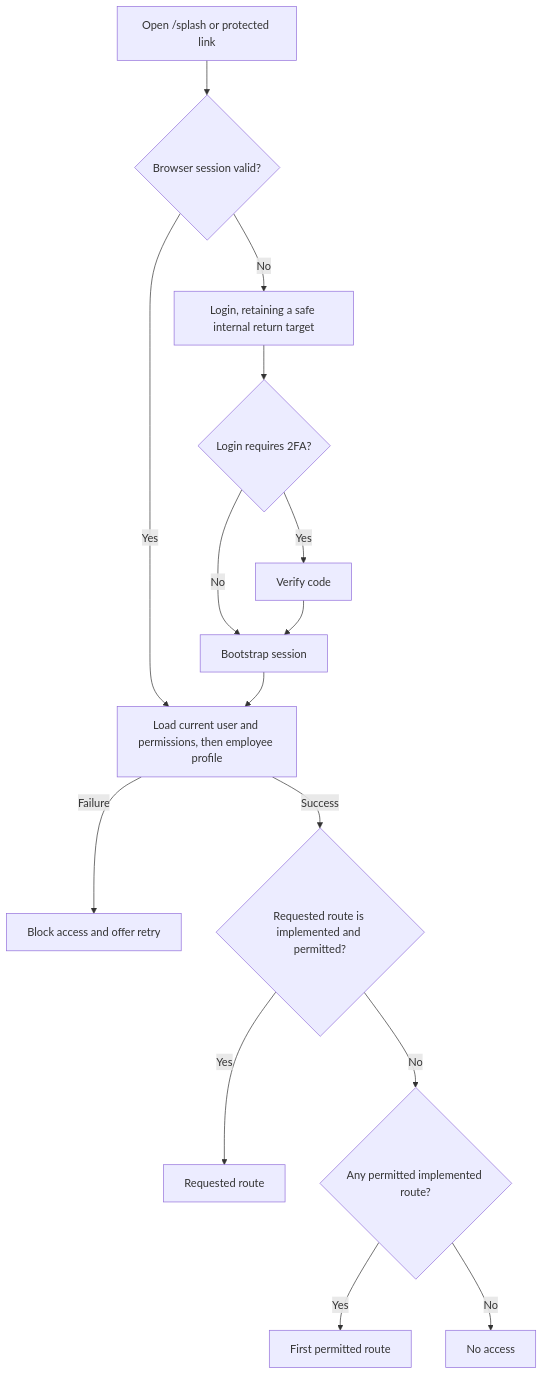
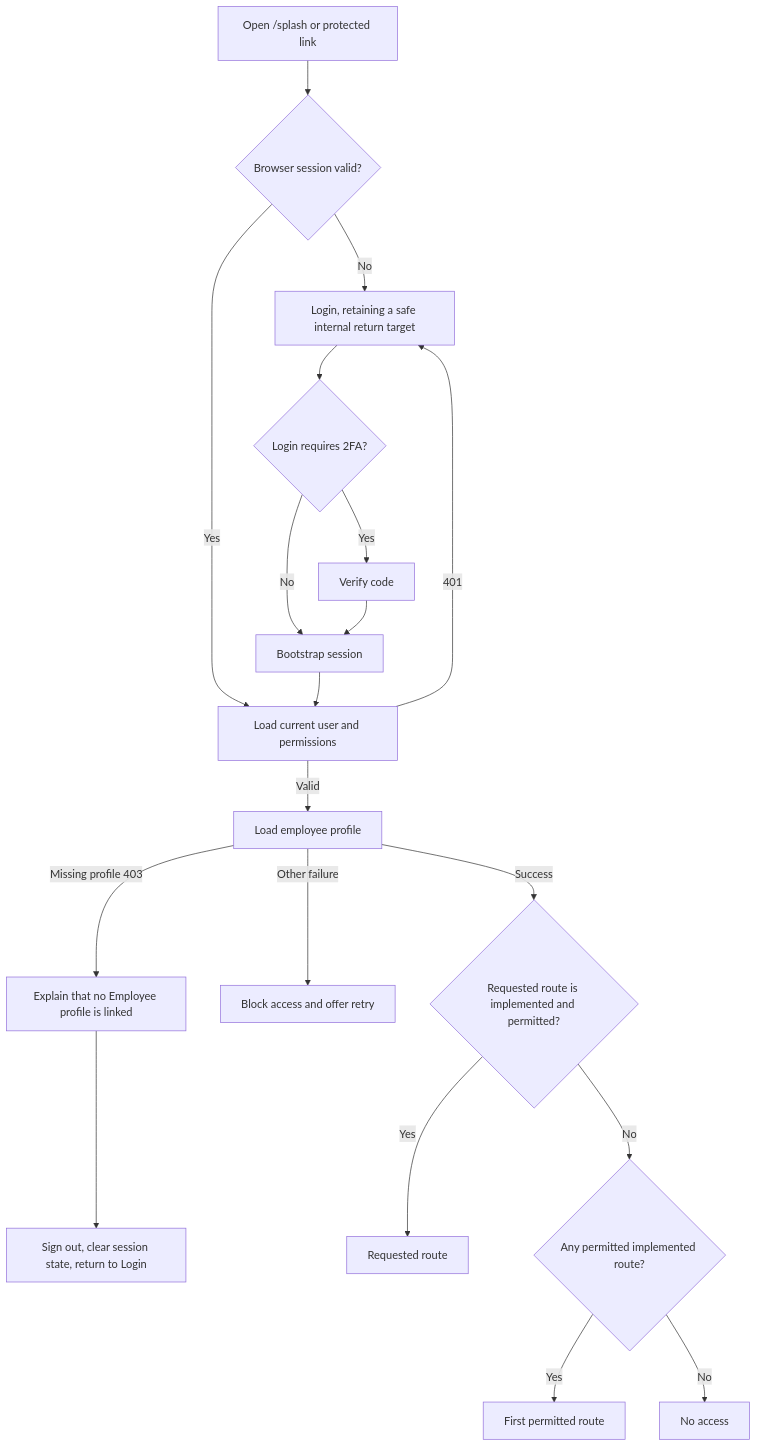
Before and after one commit to bomachgroup/bomach_os: the diagram in docs/porting/authentication.md, drawn with Mermaid. The commit also changed other lines of this file and 2 other files, not shown here.

Commit message:
Explain missing employee profiles during sign-in

````diff
--- a/docs/porting/authentication.md
+++ b/docs/porting/authentication.md
@@ -29,17 +31,21 @@
 ```mermaid
 flowchart TD
-  A[Open /splash or protected link] --> B{Browser session valid?}
-  B -- No --> C[Login, retaining a safe internal return target]
-  B -- Yes --> D[Load current user and permissions, then employee profile]
-  D -- Failure --> E[Block access and offer retry]
-  D -- Success --> F{Requested route is implemented and permitted?}
-  F -- Yes --> G[Requested route]
-  F -- No --> H{Any permitted implemented route?}
-  H -- Yes --> I[First permitted route]
-  H -- No --> J[No access]
-  C --> K{Login requires 2FA?}
-  K -- Yes --> L[Verify code]
-  K -- No --> M[Bootstrap session]
-  L --> M
-  M --> D
+  Open[Open /splash or protected link] --> SessionValid{Browser session valid?}
+  SessionValid -- No --> Login[Login, retaining a safe internal return target]
+  SessionValid -- Yes --> CurrentUser[Load current user and permissions]
+  CurrentUser -- 401 --> Login
+  CurrentUser -- Valid --> EmployeeProfile[Load employee profile]
+  EmployeeProfile -- Missing profile 403 --> MissingEmployee[Explain that no Employee profile is linked]
+  MissingEmployee --> ReturnLogin[Sign out, clear session state, return to Login]
+  EmployeeProfile -- Other failure --> Retry[Block access and offer retry]
+  EmployeeProfile -- Success --> RouteAllowed{Requested route is implemented and permitted?}
+  RouteAllowed -- Yes --> Requested[Requested route]
+  RouteAllowed -- No --> HasRoute{Any permitted implemented route?}
+  HasRoute -- Yes --> FirstRoute[First permitted route]
+  HasRoute -- No --> NoAccess[No access]
+  Login --> Requires2FA{Login requires 2FA?}
+  Requires2FA -- Yes --> Verify2FA[Verify code]
+  Requires2FA -- No --> Bootstrap[Bootstrap session]
+  Verify2FA --> Bootstrap
+  Bootstrap --> CurrentUser
 ```
````
